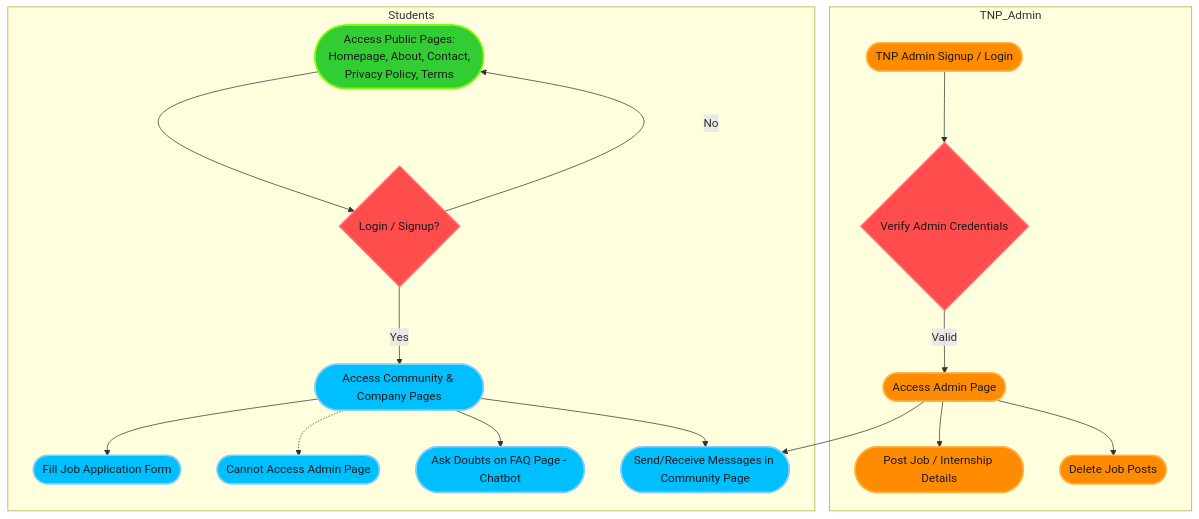
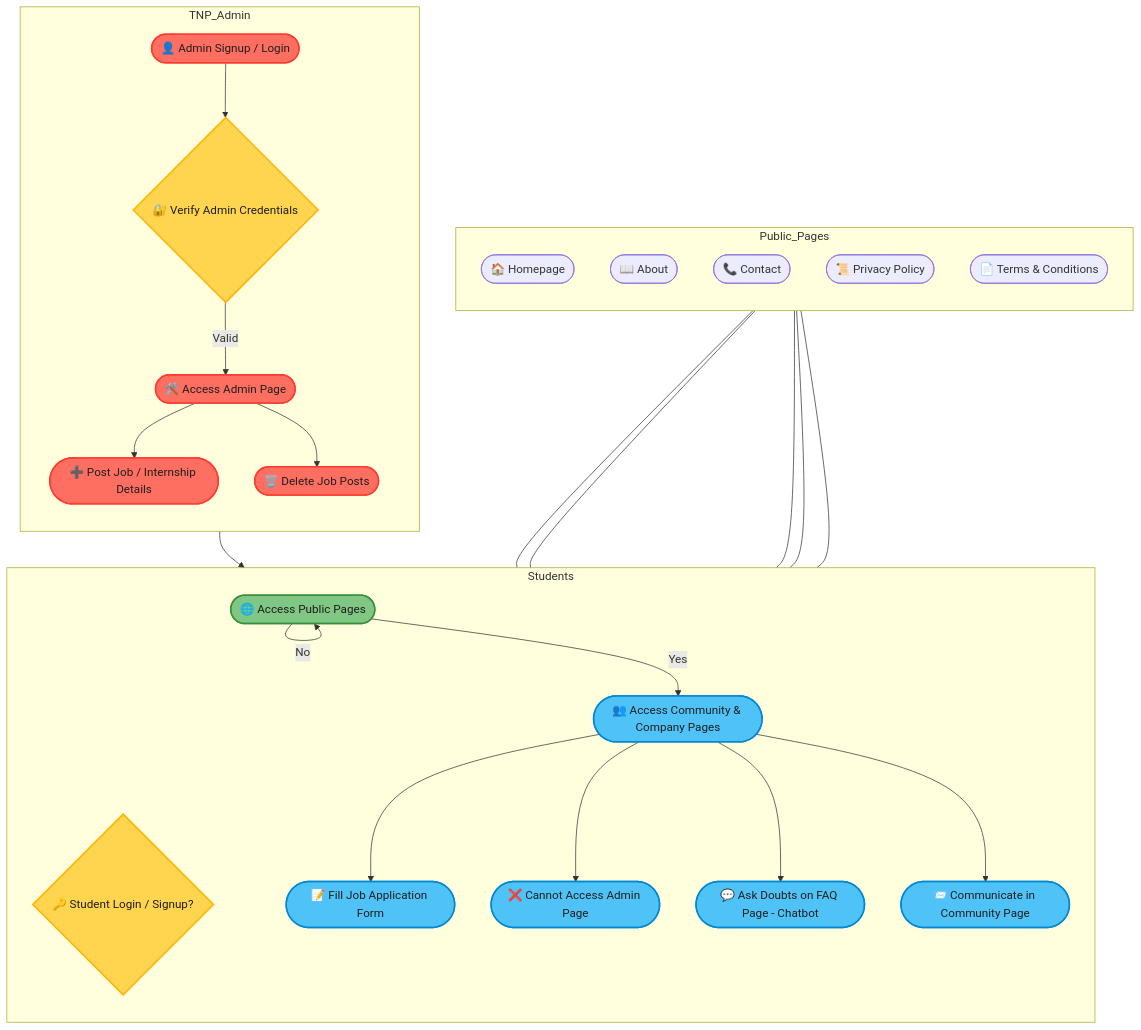
One commit to deepak-pandey1/BPIT-CareerHub changed the diagram in README.md. Above: the diagram before and after it, drawn with Mermaid.

````diff
--- a/README.md
+++ b/README.md
@@ -9,36 +9,63 @@
 ```mermaid
 graph TD
-    %% Define styles for dark theme
-    classDef adminNode fill:#ff8c00,stroke:#ffb347,stroke-width:2px,color:#1a1a1a,rounded
-    classDef studentNode fill:#00bfff,stroke:#87cefa,stroke-width:2px,color:#1a1a1a,rounded
-    classDef publicNode fill:#32cd32,stroke:#7cfc00,stroke-width:2px,color:#1a1a1a,rounded
-    classDef decisionNode fill:#ff4c4c,stroke:#ff6e6e,stroke-width:2px,color:#1a1a1a,diamond
+    %% Styling for dark mode with bright colors
+    classDef adminNode fill:#FF6F61,stroke:#FF3B30,stroke-width:2px,color:#1E1E1E,rounded
+    classDef studentNode fill:#4FC3F7,stroke:#0288D1,stroke-width:2px,color:#1E1E1E,rounded
+    classDef publicNode fill:#81C784,stroke:#388E3C,stroke-width:2px,color:#1E1E1E,rounded
+    classDef decisionNode fill:#FFD54F,stroke:#FFB300,stroke-width:2px,color:#1E1E1E,diamond
 
-    %% TNP Admin Flow
-    subgraph TNP_Admin
-        A1([TNP Admin Signup / Login]):::adminNode --> B1{Verify Admin Credentials}:::decisionNode
-        B1 -->|Valid| C1([Access Admin Page]):::adminNode
-        C1 --> D1([Post Job / Internship Details]):::adminNode
-        C1 --> E1([Delete Job Posts]):::adminNode
+    %% Public Access Section
+    subgraph Public_Pages
+        direction TB
+        P1(["🏠 Homepage"])
+        P2(["📖 About"])
+        P3(["📞 Contact"])
+        P4(["📜 Privacy Policy"])
+        P5(["📄 Terms & Conditions"])
     end
 
-    %% Students Flow
-    subgraph Students
-        F1([Access Public Pages:<br>Homepage, About, Contact,<br>Privacy Policy, Terms]):::publicNode --> G1{Login / Signup?}:::decisionNode
-        G1 -->|Yes| H1([Access Community & Company Pages]):::studentNode
-        G1 -->|No| F1
-
-        H1 --> I1([Fill Job Application Form]):::studentNode
-        H1 -.-> J1([Cannot Access Admin Page]):::studentNode
-
-        H1 --> K1([Ask Doubts on FAQ Page - Chatbot]):::studentNode
-
-        %% Communication in Community Page
-        H1 --> L1([Send/Receive Messages in Community Page]):::studentNode
-        C1 --> L1
+    %% Admin Section
+    subgraph TNP_Admin
+        direction TB
+        A1(["👤 Admin Signup / Login"]):::adminNode
+        B1{"🔐 Verify Admin Credentials"}:::decisionNode
+        C1(["🛠️ Access Admin Page"]):::adminNode
+        D1(["➕ Post Job / Internship Details"]):::adminNode
+        E1(["🗑️ Delete Job Posts"]):::adminNode
     end
 
+    %% Students Section
+    subgraph Students
+        direction TB
+        F1{"🔑 Student Login / Signup?"}:::decisionNode
+        G1(["🌐 Access Public Pages"]):::publicNode
+        H1(["👥 Access Community & Company Pages"]):::studentNode
+        I1(["📝 Fill Job Application Form"]):::studentNode
+        J1(["❌ Cannot Access Admin Page"]):::studentNode
+        K1(["💬 Ask Doubts on FAQ Page - Chatbot"]):::studentNode
+        L1(["📨 Communicate in Community Page"]):::studentNode
+    end
 
+    %% Connections Public
+    G1 -->|No| G1
+    G1 -->|Yes| H1
+    H1 --> I1
+    H1 --> J1
+    H1 --> K1
+    H1 --> L1
 
+    %% Admin Connections
+    A1 --> B1
+    B1 -->|Valid| C1
+    C1 --> D1
+    C1 --> E1
+    C1 --> L1
+
+    %% Public pages visible without login/signup
+    P1 --- G1
+    P2 --- G1
+    P3 --- G1
+    P4 --- G1
+    P5 --- G1
 
 ```
````
